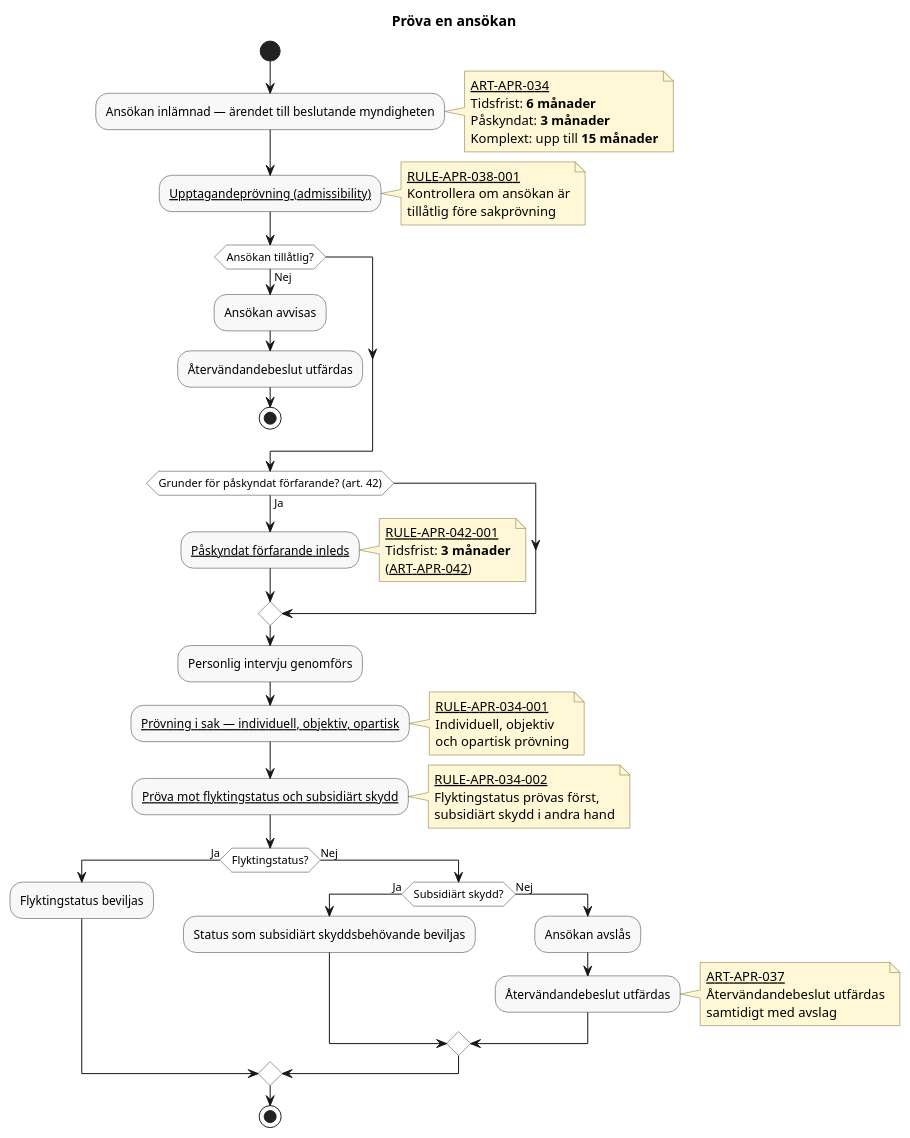
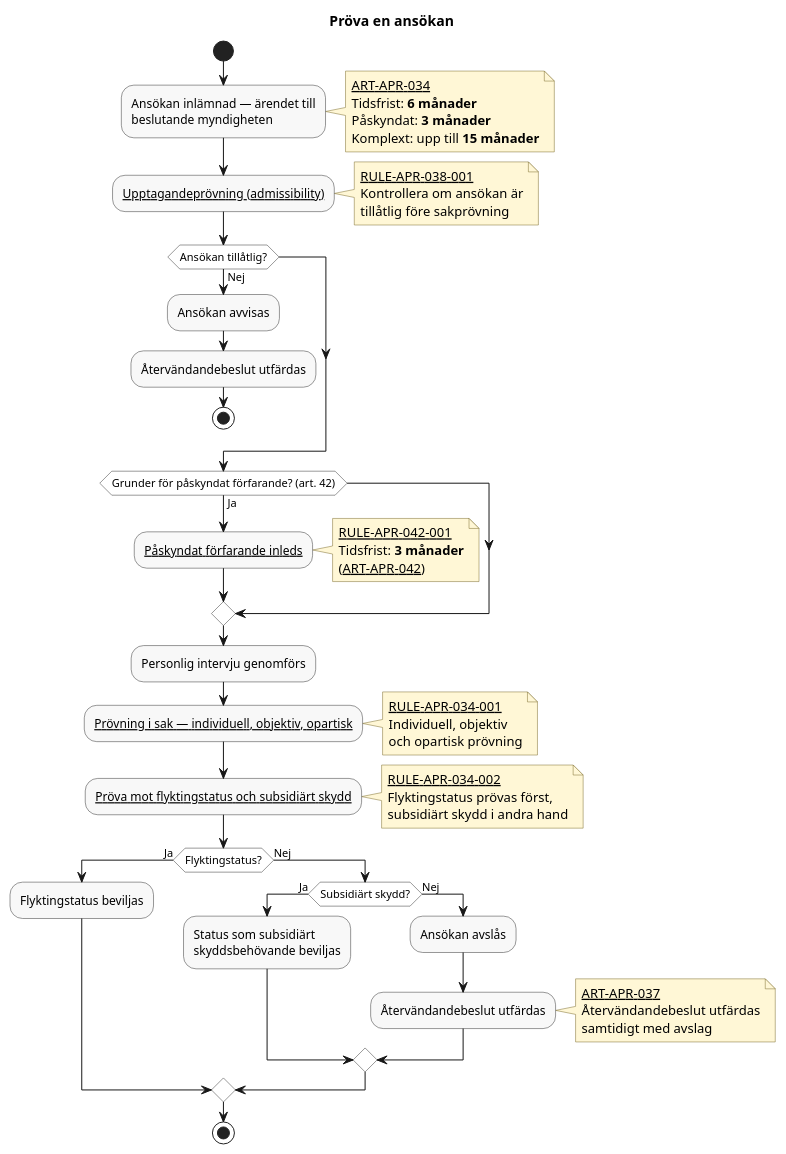
One commit to chrhe894/migration_pact changed the diagram in docs/domains/asylum-procedure/diagrams/examine-an-application.pu. Above: the diagram before and after it, drawn with PlantUML. The commit also changed 14 other files, not shown here.

Commit message:
Less wide diagrams

```diff
--- a/docs/domains/asylum-procedure/diagrams/examine-an-application.pu
+++ b/docs/domains/asylum-procedure/diagrams/examine-an-application.pu
@@ -15,101 +15,101 @@
 @startuml examine-an-application
 
 title Pröva en ansökan
 
 skinparam shadowing false
 skinparam HyperlinkColor Black
 skinparam HyperlinkUnderline true
 skinparam defaultFontName Arial
 skinparam activity {
   BackgroundColor #F8F8F8
   BorderColor #333333
   DiamondBackgroundColor #FFFFFF
   DiamondBorderColor #333333
 }
 skinparam note {
   BackgroundColor #FFF7D6
   BorderColor #7A6A2A
 }
 
 start
 
-:Ansökan inlämnad — ärendet till beslutande myndigheten;
+:Ansökan inlämnad — ärendet till\nbeslutande myndigheten;
 note right
   [[../articles/apr-034.md ART-APR-034]]
   Tidsfrist: **6 månader**
   Påskyndat: **3 månader**
   Komplext: upp till **15 månader**
 end note
 
 :[[../rules/rule-apr-038-001.md Upptagandeprövning (admissibility)]];
 note right
   [[../rules/rule-apr-038-001.md RULE-APR-038-001]]
   Kontrollera om ansökan är
   tillåtlig före sakprövning
 end note
 
 if (Ansökan tillåtlig?) then (Nej)
 
     :Ansökan avvisas;
 
     :Återvändandebeslut utfärdas;
 
     stop
 
 endif
 
 if (Grunder för påskyndat förfarande? (art. 42)) then (Ja)
 
     :[[../rules/rule-apr-042-001.md Påskyndat förfarande inleds]];
     note right
       [[../rules/rule-apr-042-001.md RULE-APR-042-001]]
       Tidsfrist: **3 månader**
       ([[../articles/apr-042.md ART-APR-042]])
     end note
 
 endif
 
 :Personlig intervju genomförs;
 
 :[[../rules/rule-apr-034-001.md Prövning i sak — individuell, objektiv, opartisk]];
 note right
   [[../rules/rule-apr-034-001.md RULE-APR-034-001]]
   Individuell, objektiv
   och opartisk prövning
 end note
 
 :[[../rules/rule-apr-034-002.md Pröva mot flyktingstatus och subsidiärt skydd]];
 note right
   [[../rules/rule-apr-034-002.md RULE-APR-034-002]]
   Flyktingstatus prövas först,
   subsidiärt skydd i andra hand
 end note
 
 if (Flyktingstatus?) then (Ja)
 
     :Flyktingstatus beviljas;
 
 else (Nej)
 
     if (Subsidiärt skydd?) then (Ja)
 
-        :Status som subsidiärt skyddsbehövande beviljas;
+        :Status som subsidiärt\nskyddsbehövande beviljas;
 
     else (Nej)
 
         :Ansökan avslås;
 
         :Återvändandebeslut utfärdas;
         note right
           [[../articles/apr-037.md ART-APR-037]]
           Återvändandebeslut utfärdas
           samtidigt med avslag
         end note
 
     endif
 
 endif
 
 stop
 
 @enduml
```
